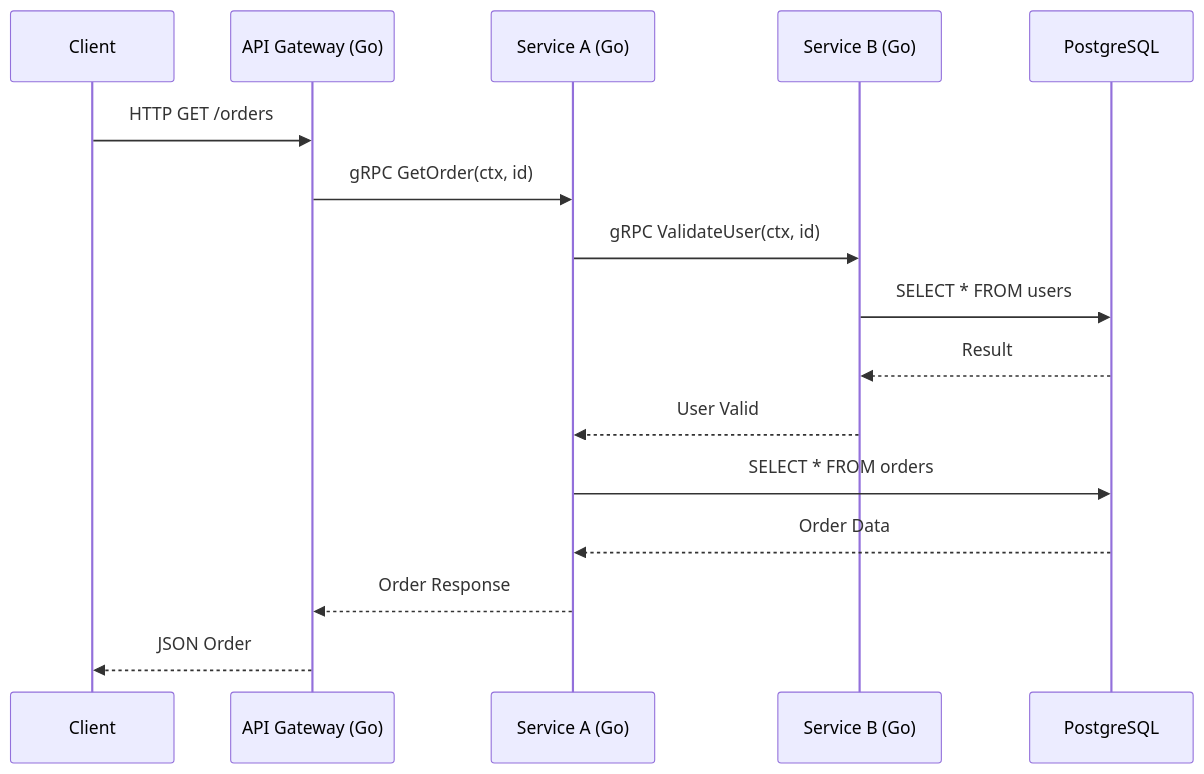
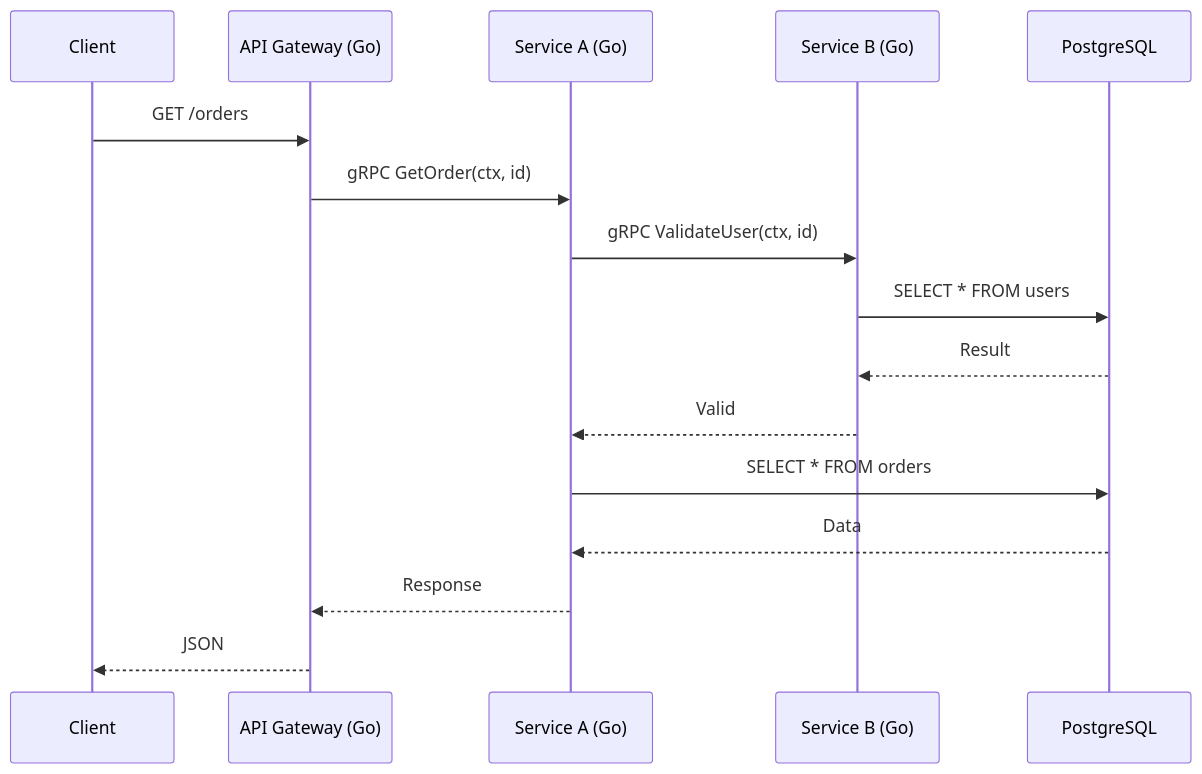
Before and after one commit to Leito2/Learning: the fourth of 4 diagrams in Software Engineering/02 - Go Engineering/02 - Go for Cloud Native/06 - Cloud Networking and Observability.md, drawn with Mermaid. The commit also changed other lines of this file and 41 other files, not shown here.

````diff
--- a/Software Engineering/02 - Go Engineering/02 - Go for Cloud Native/06 - Cloud Networking and Observability.md
+++ b/Software Engineering/02 - Go Engineering/02 - Go for Cloud Native/06 - Cloud Networking and Observability.md
@@ -82,18 +424,18 @@
 ```mermaid
 sequenceDiagram
-    participant Client
-    participant API as API Gateway (Go)
-    participant SvcA as Service A (Go)
-    participant SvcB as Service B (Go)
-    participant DB as PostgreSQL
-    Client->>API: HTTP GET /orders
-    API->>SvcA: gRPC GetOrder(ctx, id)
-    SvcA->>SvcB: gRPC ValidateUser(ctx, id)
-    SvcB->>DB: SELECT * FROM users
-    DB-->>SvcB: Result
-    SvcB-->>SvcA: User Valid
-    SvcA->>DB: SELECT * FROM orders
-    DB-->>SvcA: Order Data
-    SvcA-->>API: Order Response
-    API-->>Client: JSON Order
+	participant Client
+	participant API as API Gateway (Go)
+	participant SvcA as Service A (Go)
+	participant SvcB as Service B (Go)
+	participant DB as PostgreSQL
+	Client->>API: GET /orders
+	API->>SvcA: gRPC GetOrder(ctx, id)
+	SvcA->>SvcB: gRPC ValidateUser(ctx, id)
+	SvcB->>DB: SELECT * FROM users
+	DB-->>SvcB: Result
+	SvcB-->>SvcA: Valid
+	SvcA->>DB: SELECT * FROM orders
+	DB-->>SvcA: Data
+	SvcA-->>API: Response
+	API-->>Client: JSON
 ```
````
